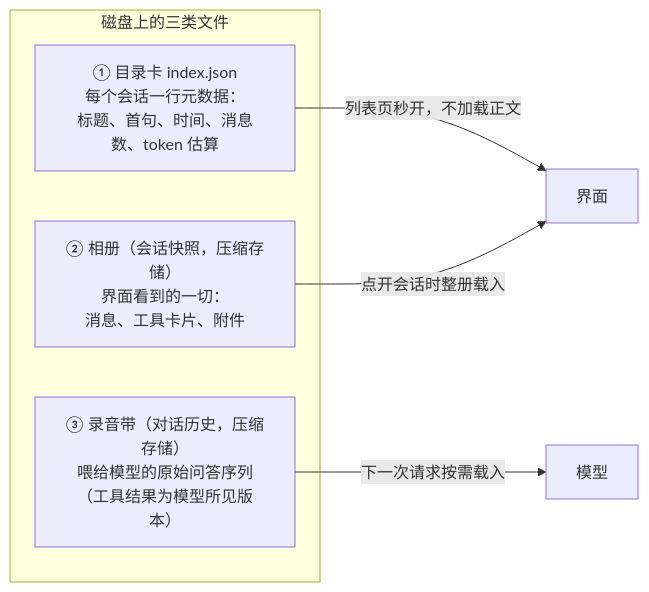
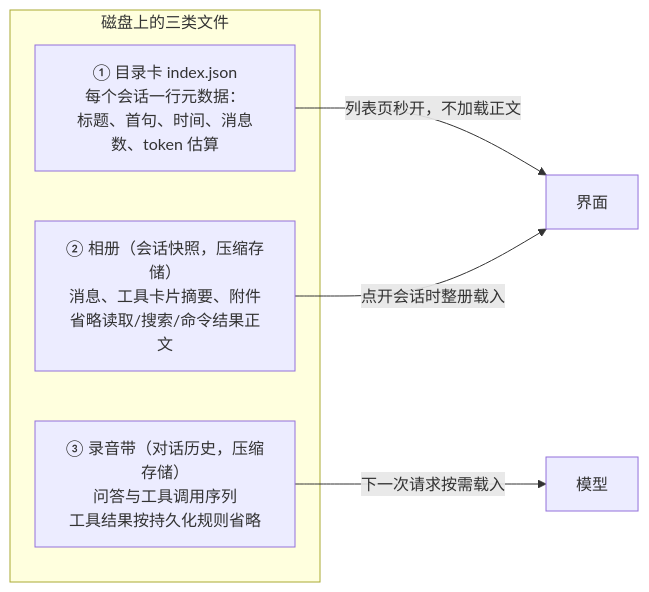
One commit to Bronya0/ally-agent changed diagram 11 of 16 in docs/agent-architecture.md. Above: the diagram before and after it, drawn with Mermaid. The commit also changed other lines of this file and 11 other files, not shown here.

````diff
--- a/docs/agent-architecture.md
+++ b/docs/agent-architecture.md
@@ -525,11 +525,11 @@
 ```mermaid
 flowchart LR
     subgraph FILES["磁盘上的三类文件"]
         IDX["① 目录卡 index.json<br/>每个会话一行元数据：<br/>标题、首句、时间、消息数、token 估算"]
-        SNAP["② 相册（会话快照，压缩存储）<br/>界面看到的一切：<br/>消息、工具卡片、附件"]
-        HIST["③ 录音带（对话历史，压缩存储）<br/>喂给模型的原始问答序列<br/>（工具结果为模型所见版本）"]
+        SNAP["② 相册（会话快照，压缩存储）<br/>消息、工具卡片摘要、附件<br/>省略读取/搜索/命令结果正文"]
+        HIST["③ 录音带（对话历史，压缩存储）<br/>问答与工具调用序列<br/>工具结果按持久化规则省略"]
     end
     IDX -->|"列表页秒开，不加载正文"| UI["界面"]
     SNAP -->|"点开会话时整册载入"| UI
     HIST -->|"下一次请求按需载入"| MODEL["模型"]
 ```
````
